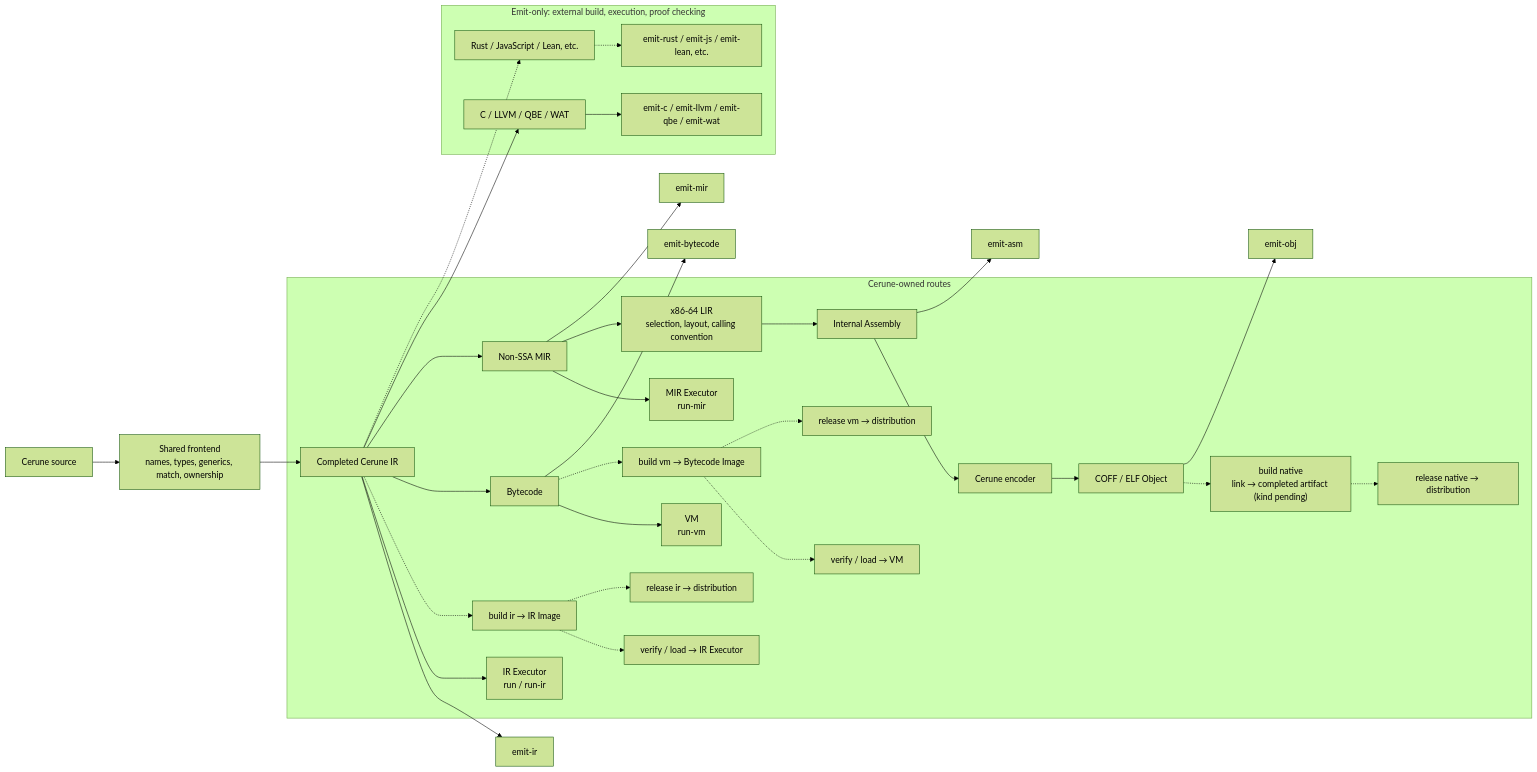
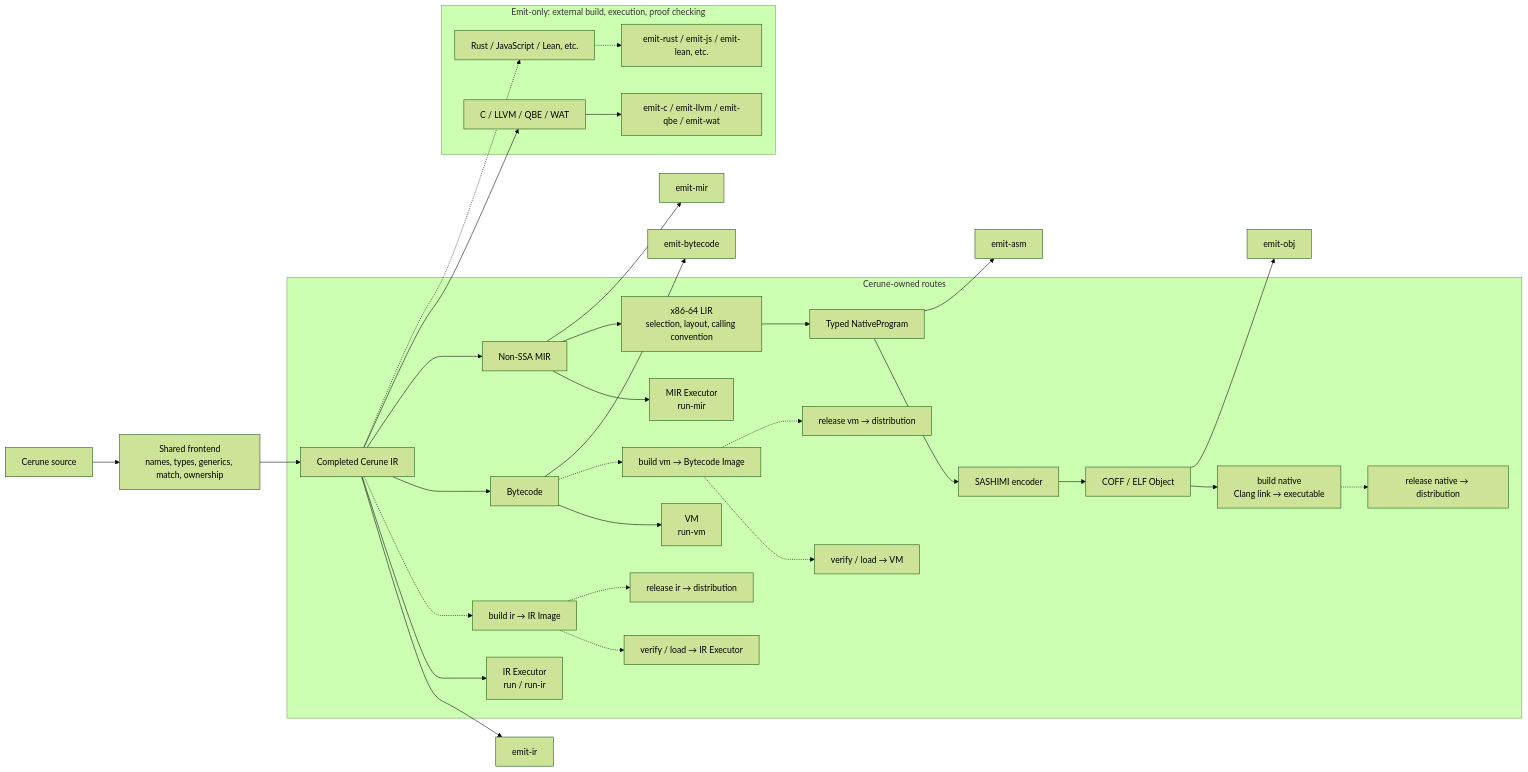
Before and after one commit to Cerune-Lang/Cerune: the diagram in docs/design/owned-routes.en.md, drawn with Mermaid (forest theme). The commit also changed other lines of this file and 23 other files, not shown here.

Commit message:
Add explicit Native executable builds with generation and link records

````diff
--- a/docs/design/owned-routes.en.md
+++ b/docs/design/owned-routes.en.md
@@ -34,35 +35,35 @@
 ```mermaid
 flowchart LR
     S["Cerune source"] --> F["Shared frontend<br/>names, types, generics, match, ownership"]
     F --> IR["Completed Cerune IR"]
     IR --> OIR["emit-ir"]
     subgraph Owned["Cerune-owned routes"]
         IR --> R["IR Executor<br/>run / run-ir"]
         IR -.-> IB["build ir → IR Image"]
         IB -.-> IL["verify / load → IR Executor"]
         IB -.-> IP["release ir → distribution"]
         IR --> BC["Bytecode"]
         BC --> VM["VM<br/>run-vm"]
         BC -.-> VB["build vm → Bytecode Image"]
         VB -.-> VL["verify / load → VM"]
         VB -.-> VP["release vm → distribution"]
         IR --> MIR["Non-SSA MIR"]
         MIR --> RMIR["MIR Executor<br/>run-mir"]
         MIR --> X["x86-64 LIR<br/>selection, layout, calling convention"]
-        X --> A["Internal Assembly"]
-        A --> E["Cerune encoder"]
+        X --> A["Typed NativeProgram"]
+        A --> E["SASHIMI encoder"]
         E --> OBJ["COFF / ELF Object"]
-        OBJ -.-> NB["build native<br/>link → completed artifact (kind pending)"]
+        OBJ --> NB["build native<br/>Clang link → executable"]
         NB -.-> NP["release native → distribution"]
     end
     MIR --> OMIR["emit-mir"]
     BC --> OBC["emit-bytecode"]
     A --> OA["emit-asm"]
     OBJ --> OO["emit-obj"]
     subgraph Emit["Emit-only: external build, execution, proof checking"]
         IR --> EXIST["C / LLVM / QBE / WAT"]
         EXIST --> OUT["emit-c / emit-llvm / emit-qbe / emit-wat"]
         IR -.-> FUT["Rust / JavaScript / Lean, etc."]
         FUT -.-> FUTOUT["emit-rust / emit-js / emit-lean, etc."]
     end
 ```
````
